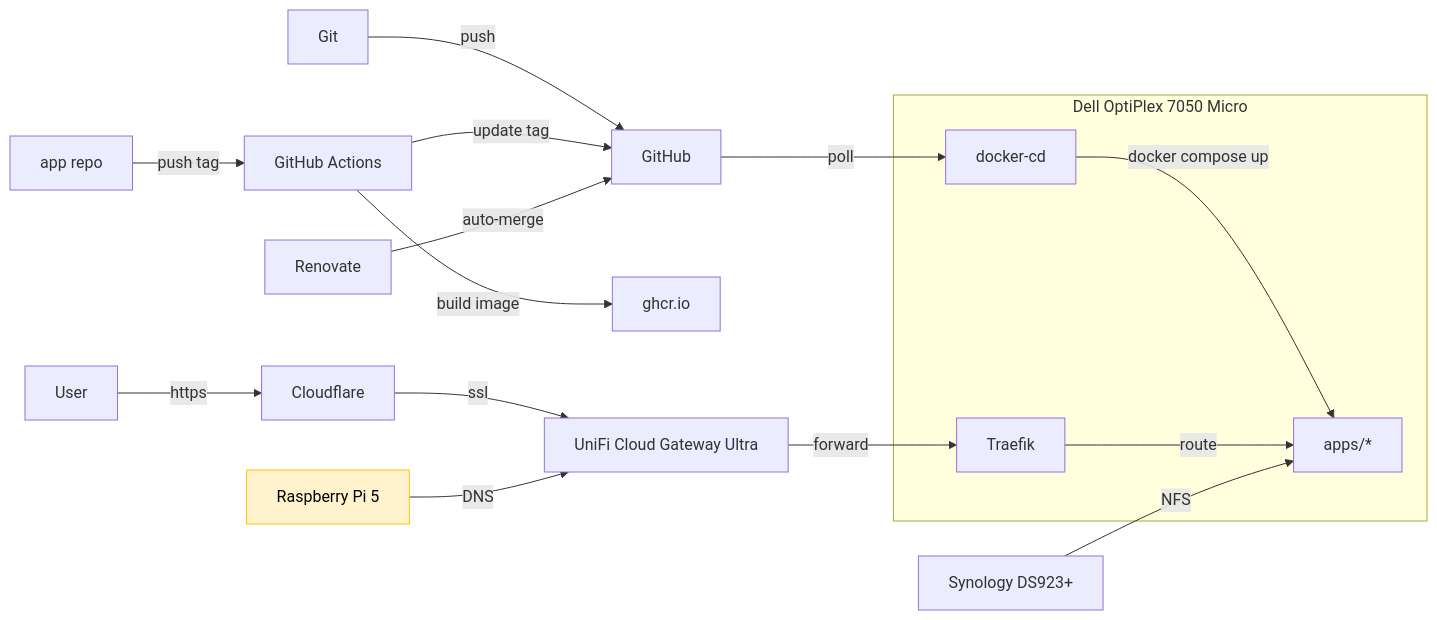
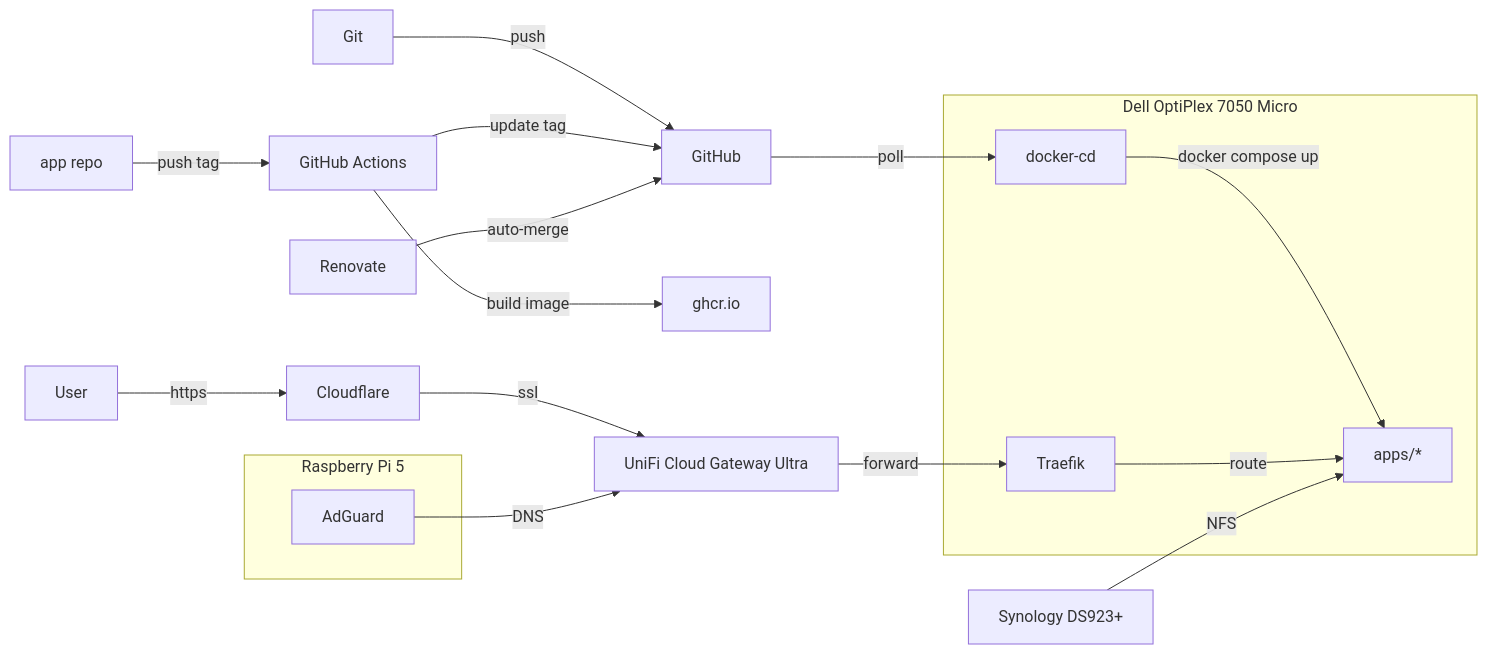
The diagram in README.md (wajeht/home-ops), drawn with Mermaid before and after one commit.

Commit message:
docs: clarify network setup and add AdGuard to diagram

````diff
--- a/README.md
+++ b/README.md
@@ -17,17 +17,19 @@
 ```mermaid
 flowchart LR
     subgraph Dell[Dell OptiPlex 7050 Micro]
         docker-cd -->|docker compose up| Apps[apps/*]
         Traefik -->|route| Apps
     end
 
     Git -->|push| GitHub -->|poll| docker-cd
     AppRepo[app repo] -->|push tag| Actions[GitHub Actions]
     Actions -->|build image| GHCR[ghcr.io]
     Actions -->|update tag| GitHub
     Renovate -->|auto-merge| GitHub
     User -->|https| Cloudflare -->|ssl| UniFi[UniFi Cloud Gateway Ultra] -->|forward| Traefik
     NAS[Synology DS923+] -->|NFS| Apps
-    Pi[Raspberry Pi 5] -->|DNS| UniFi
-    style Pi fill:#fff3cd,stroke:#ffc107,color:#000
+    subgraph Pi[Raspberry Pi 5]
+        AdGuard
+    end
+    AdGuard -->|DNS| UniFi
 ```
````
